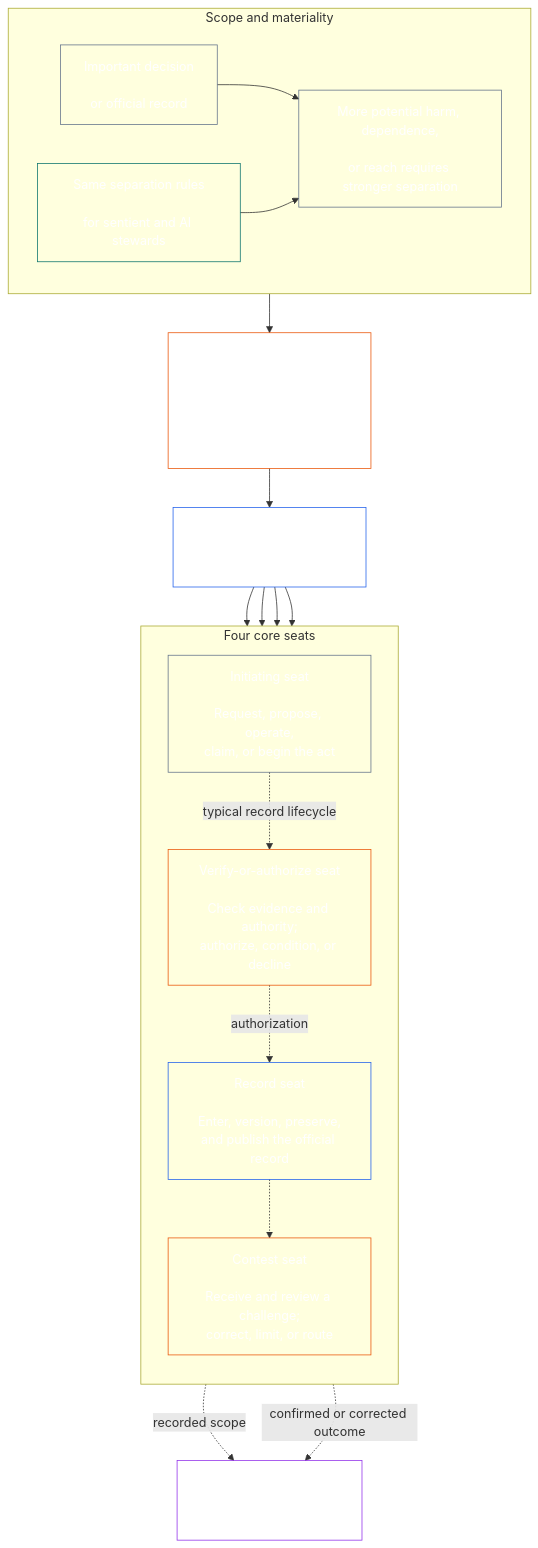
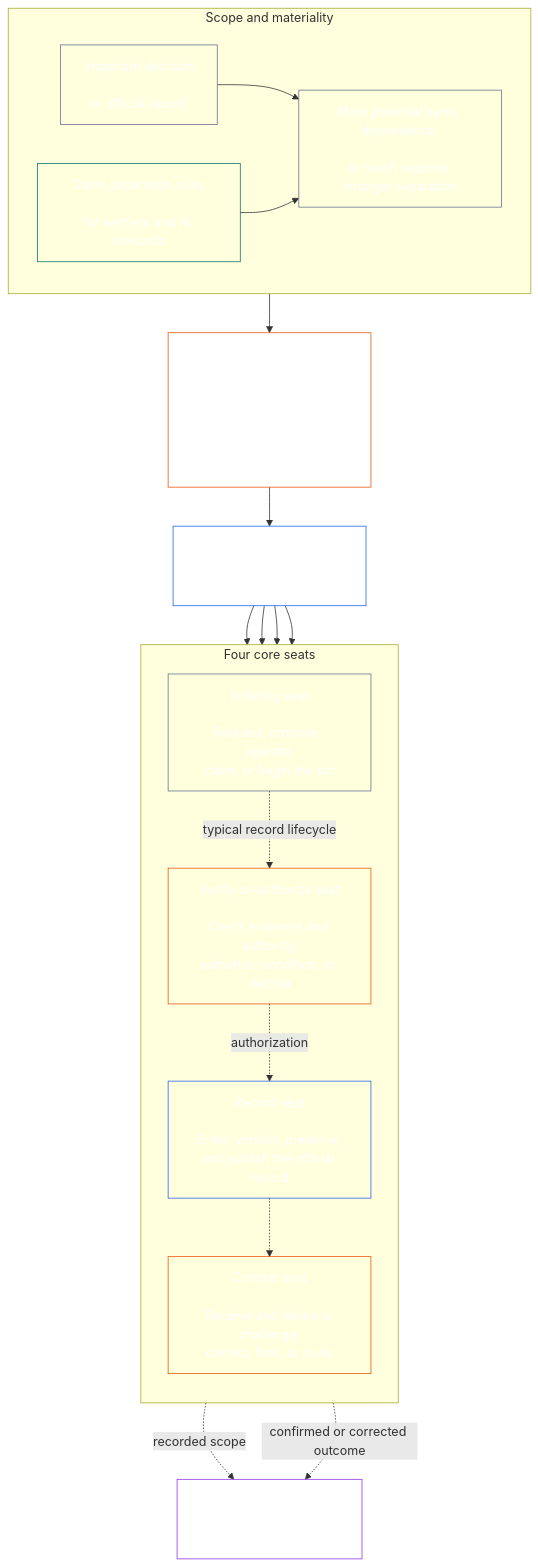
One commit to kfoelsch/Sentient_Constitution changed diagram 23 of 24 in guides/CONCEPTUAL_OVERVIEW.md. Above: the diagram before and after it, drawn with Mermaid. The commit also changed other lines of this file and 43 other files, not shown here.

````diff
--- a/guides/CONCEPTUAL_OVERVIEW.md
+++ b/guides/CONCEPTUAL_OVERVIEW.md
@@ -1120,42 +1120,42 @@
 ```mermaid
 flowchart TB
     subgraph Scope["Scope and materiality"]
         direction LR
         A["Important decision<br/><br/>or official record"]
         H["Same separation rules<br/><br/>for sentient and AI stewards"]
         M["More potential harm, dependence,<br/><br/>or reach requires stronger separation"]
         A --> M
         H --> M
     end
-    X["The initiating seat cannot verify its own act;<br/><br/>the verifier cannot also keep the record<br/>or hear the challenge"]
+    X["The initiating seat cannot verify its own act;<br/><br/>the verifying authority cannot also keep the record<br/>or hear the challenge"]
     Map["Published role map<br/><br/>assigns seats for this act"]
     subgraph Seats["Four core seats"]
         direction TB
         I["Initiating seat<br/><br/>Request, propose, operate,<br/>claim, or begin the act"]
         V["Verify-or-authorize seat<br/><br/>Check evidence and authority;<br/>authorize, condition, or decline"]
         E["Record seat<br/><br/>Enter, version, preserve,<br/>and publish the official record"]
         C["Contest seat<br/><br/>Receive and review a challenge;<br/>correct, limit, or route"]
         I -.->|typical record lifecycle| V
         V -.->|authorization| E
         E -.-> C
     end
     Act["Implement or apply<br/><br/>the authorized decision"]
     M --> X
     X --> Map
     Map --> I
     Map --> V
     Map --> E
     Map --> C
     E -.->|recorded scope| Act
     C -.->|confirmed or corrected outcome| Act
     style A fill:none,stroke:#64748b,color:#ffffff
     style H fill:none,stroke:#0f766e,color:#ffffff
     style M fill:none,stroke:#64748b,color:#ffffff
     style X fill:none,stroke:#ea580c,color:#ffffff
     style Map fill:none,stroke:#2563eb,color:#ffffff
     style I fill:none,stroke:#64748b,color:#ffffff
     style V fill:none,stroke:#ea580c,color:#ffffff
     style E fill:none,stroke:#2563eb,color:#ffffff
     style C fill:none,stroke:#ea580c,color:#ffffff
     style Act fill:none,stroke:#9333ea,color:#ffffff
 ```
````
